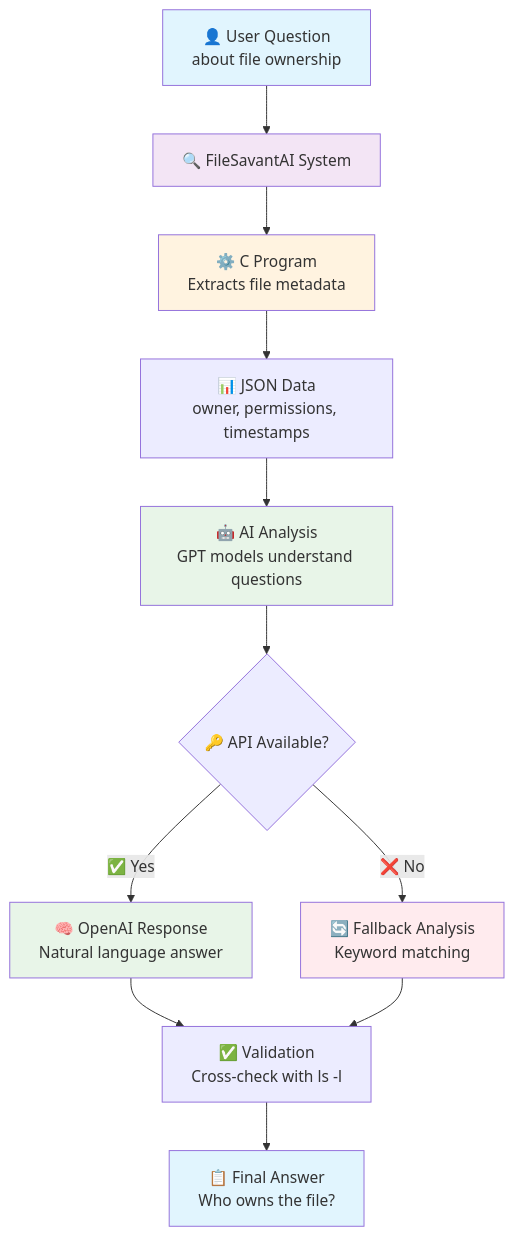
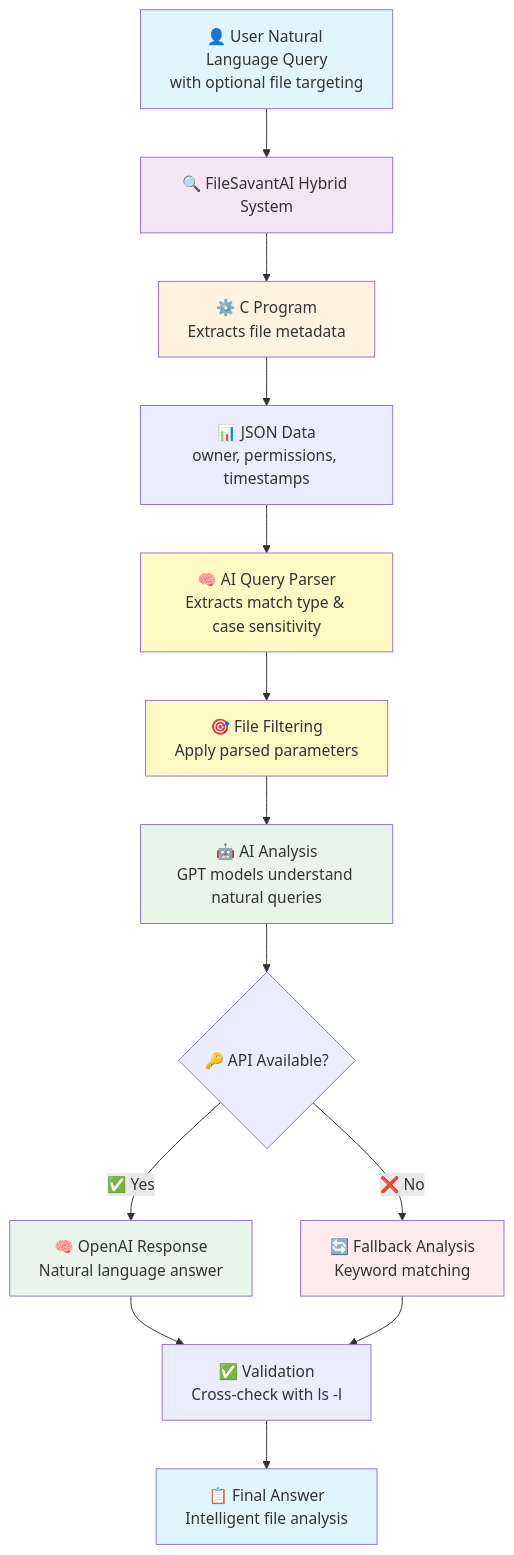
The diagram in README.md (engmohamedsalah/FileSavantAI), drawn with Mermaid before and after one commit. The commit also changed other lines of this file and 2 other files, not shown here.

Commit message:
Simplify to AI-only parameter extraction - Remove complex multi-method parsing, keep only AI-powered natural language parsing, remove --parse-method CLI argument, all tests pass

````diff
--- a/README.md
+++ b/README.md
@@ -364,26 +362,31 @@
 ```mermaid
 graph TD
-    A["👤 User Question<br/>about file ownership"] --> B["🔍 FileSavantAI System"]
+    A["👤 User Natural Language Query<br/>with optional file targeting"] --> B["🔍 FileSavantAI Hybrid System"]
     
     B --> C["⚙️ C Program<br/>Extracts file metadata"]
     C --> D["📊 JSON Data<br/>owner, permissions, timestamps"]
     
-    D --> E["🤖 AI Analysis<br/>GPT models understand questions"]
-    E --> F{"🔑 API Available?"}
+    D --> E["🧠 AI Query Parser<br/>Extracts match type & case sensitivity"]
+    E --> F["🎯 File Filtering<br/>Apply parsed parameters"]
     
-    F -->|"✅ Yes"| G["🧠 OpenAI Response<br/>Natural language answer"]
-    F -->|"❌ No"| H["🔄 Fallback Analysis<br/>Keyword matching"]
+    F --> G["🤖 AI Analysis<br/>GPT models understand natural queries"]
+    G --> H{"🔑 API Available?"}
     
-    G --> I["✅ Validation<br/>Cross-check with ls -l"]
-    H --> I
+    H -->|"✅ Yes"| I["🧠 OpenAI Response<br/>Natural language answer"]
+    H -->|"❌ No"| J["🔄 Fallback Analysis<br/>Keyword matching"]
     
-    I --> J["📋 Final Answer<br/>Who owns the file?"]
+    I --> K["✅ Validation<br/>Cross-check with ls -l"]
+    J --> K
+    
+    K --> L["📋 Final Answer<br/>Intelligent file analysis"]
     
     style A fill:#e1f5fe
     style B fill:#f3e5f5
     style C fill:#fff3e0
-    style E fill:#e8f5e8
+    style E fill:#fff9c4
+    style F fill:#fff9c4
     style G fill:#e8f5e8
-    style H fill:#ffebee
-    style J fill:#e1f5fe
+    style I fill:#e8f5e8
+    style J fill:#ffebee
+    style L fill:#e1f5fe
 ```
````
